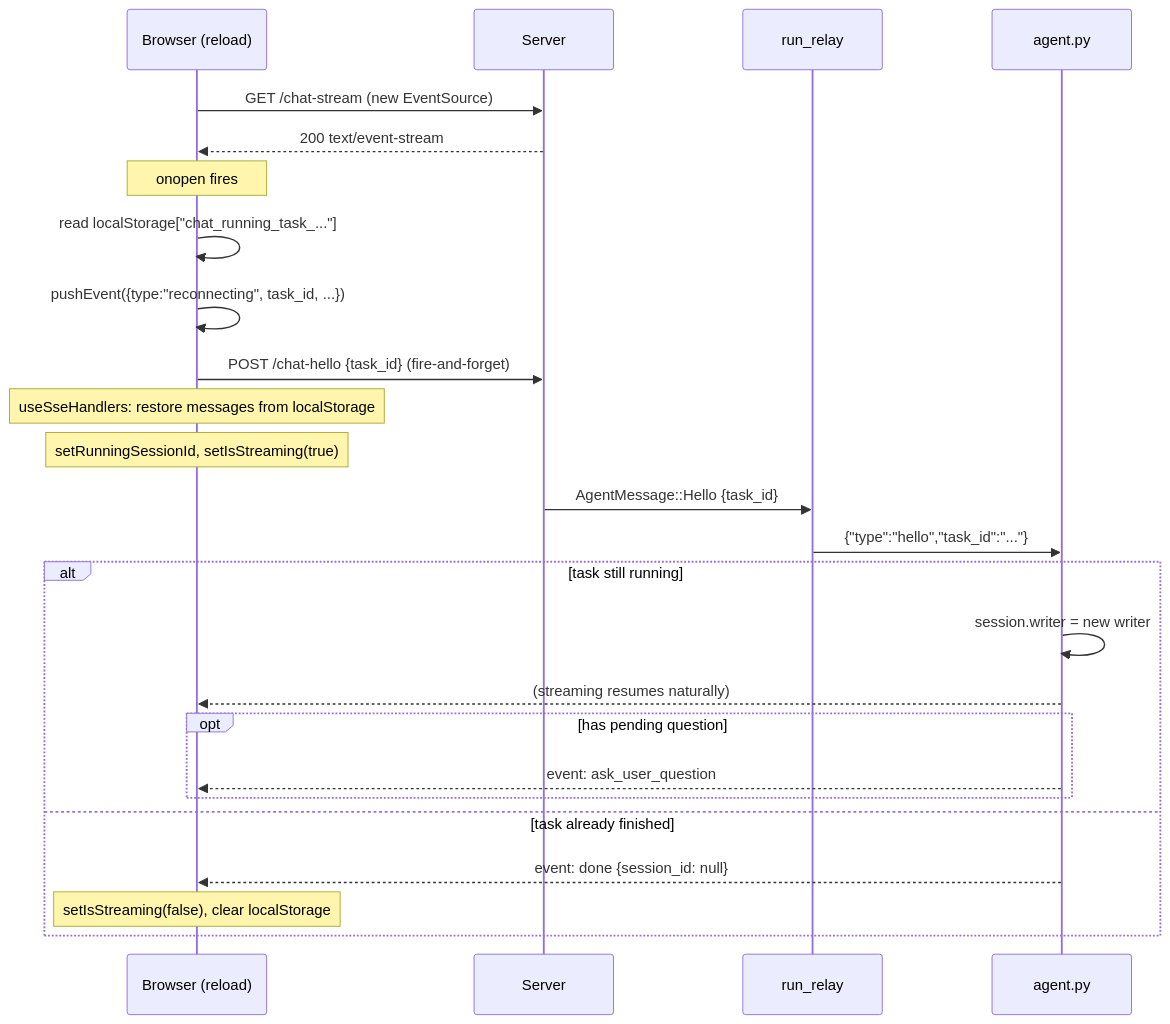
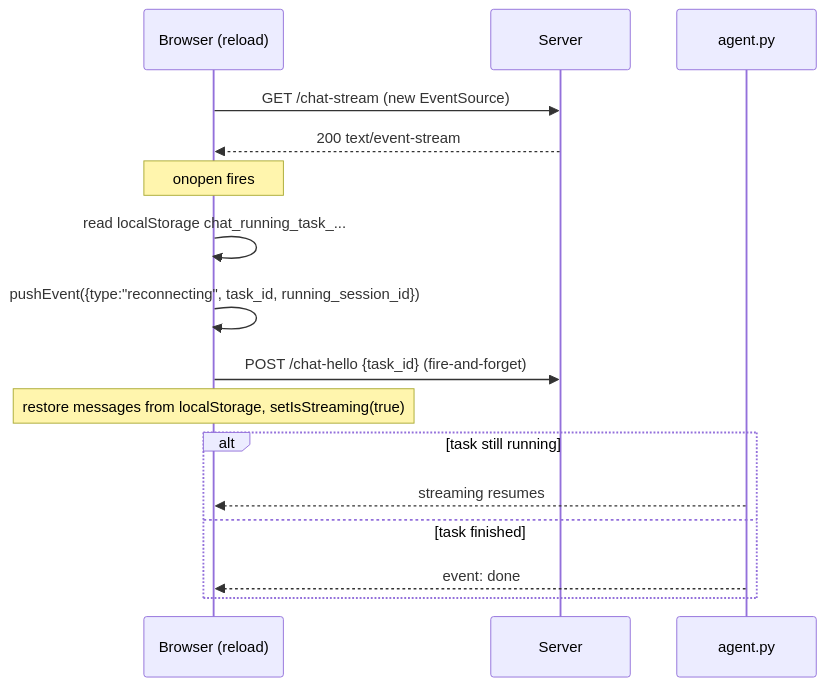
One commit to henrywong-crypto/chat-test3 changed the fourth of 5 diagrams in docs/chat-architecture.md. Above: the diagram before and after it, drawn with Mermaid. The commit also changed other lines of this file and 14 other files, not shown here.

````diff
--- a/docs/chat-architecture.md
+++ b/docs/chat-architecture.md
@@ -333,28 +213,19 @@
 ```mermaid
 sequenceDiagram
     participant B as Browser (reload)
     participant S as Server
-    participant R as run_relay
     participant A as agent.py
 
     B->>S: GET /chat-stream (new EventSource)
     S-->>B: 200 text/event-stream
     Note over B: onopen fires
-    B->>B: read localStorage["chat_running_task_..."]
-    B->>B: pushEvent({type:"reconnecting", task_id, ...})
+    B->>B: read localStorage chat_running_task_...
+    B->>B: pushEvent({type:"reconnecting", task_id, running_session_id})
     B->>S: POST /chat-hello {task_id} (fire-and-forget)
-    Note over B: useSseHandlers: restore messages from localStorage
-    Note over B: setRunningSessionId, setIsStreaming(true)
-    S->>R: AgentMessage::Hello {task_id}
-    R->>A: {"type":"hello","task_id":"..."}
+    Note over B: restore messages from localStorage, setIsStreaming(true)
     alt task still running
-        A->>A: session.writer = new writer
-        A-->>B: (streaming resumes naturally)
-        opt has pending question
-            A-->>B: event: ask_user_question
-        end
-    else task already finished
-        A-->>B: event: done {session_id: null}
-        Note over B: setIsStreaming(false), clear localStorage
+        A-->>B: streaming resumes
+    else task finished
+        A-->>B: event: done
     end
 ```
````
